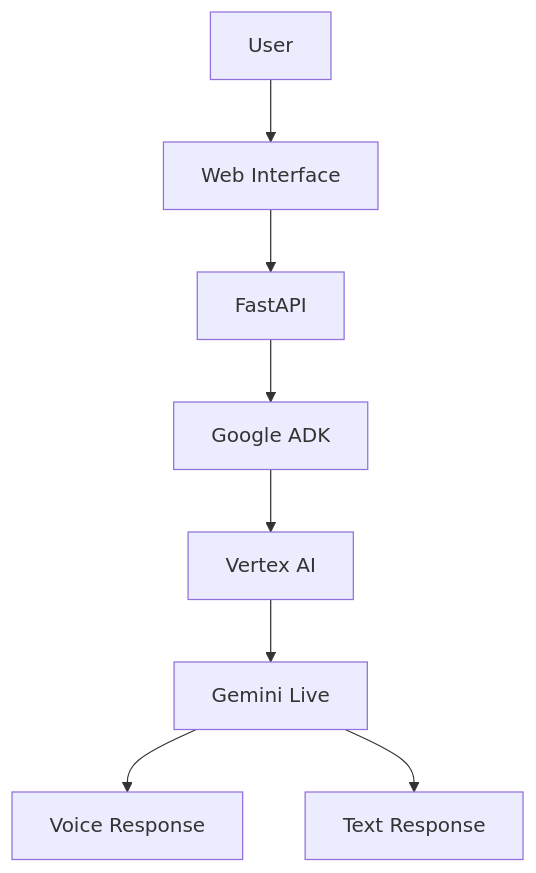
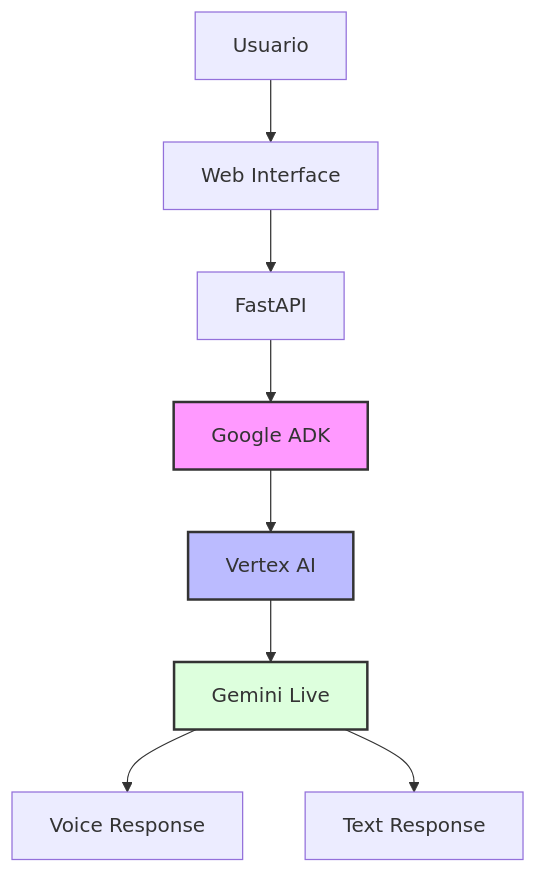
Before and after one commit to dzib/Portafolio-Alberto: the diagram in P07_AI_Agent_Google_ADK/README.md, drawn with Mermaid. The commit also changed other lines of this file, not shown here.

````diff
--- a/P07_AI_Agent_Google_ADK/README.md
+++ b/P07_AI_Agent_Google_ADK/README.md
@@ -19,16 +42,14 @@
 ```mermaid
 flowchart TD
-
-A[User] --> B[Web Interface]
-
-B --> C[FastAPI]
-
-C --> D[Google ADK]
-
-D --> E[Vertex AI]
-
-E --> F[Gemini Live]
-
-F --> G[Voice Response]
-F --> H[Text Response]
+    A[Usuario] --> B[Web Interface]
+    B --> C[FastAPI]
+    C --> D[Google ADK]
+    D --> E[Vertex AI]
+    E --> F[Gemini Live]
+    F --> G[Voice Response]
+    F --> H[Text Response]
+    
+    style D fill:#f9f,stroke:#333,stroke-width:2px
+    style E fill:#bbf,stroke:#333,stroke-width:2px
+    style F fill:#dfd,stroke:#333,stroke-width:2px
 ```
````
